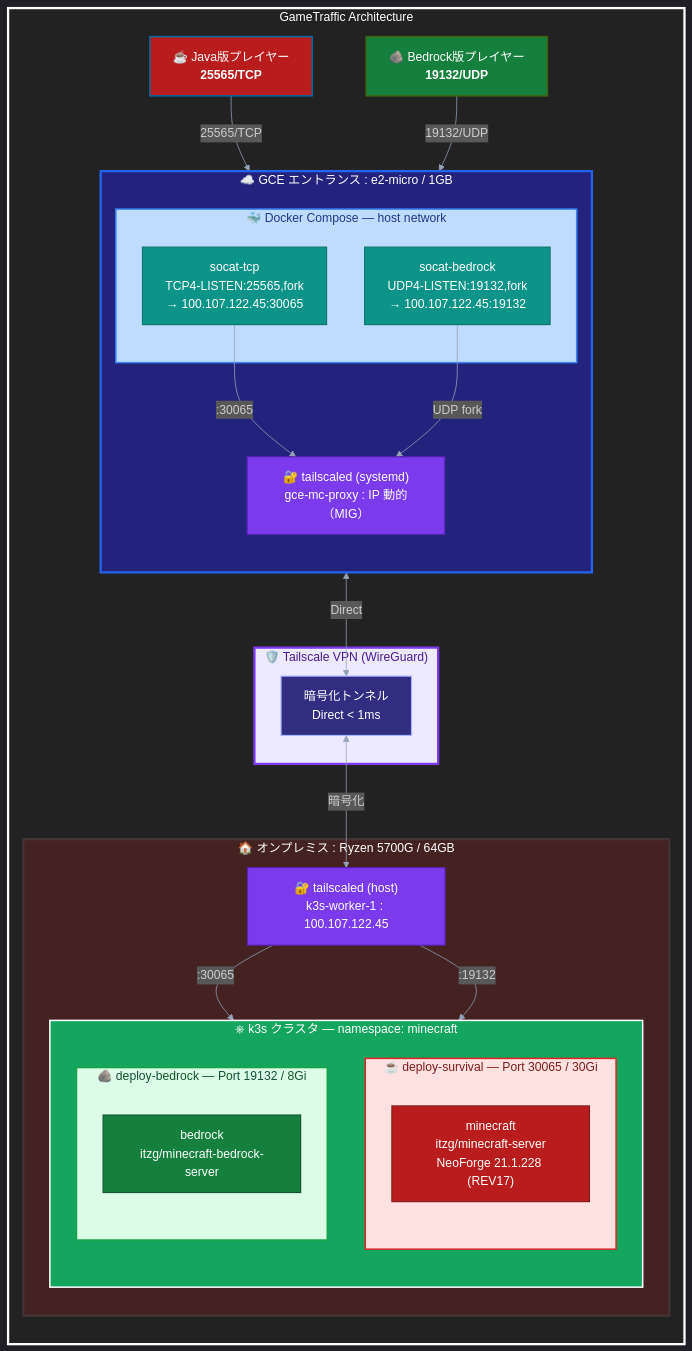
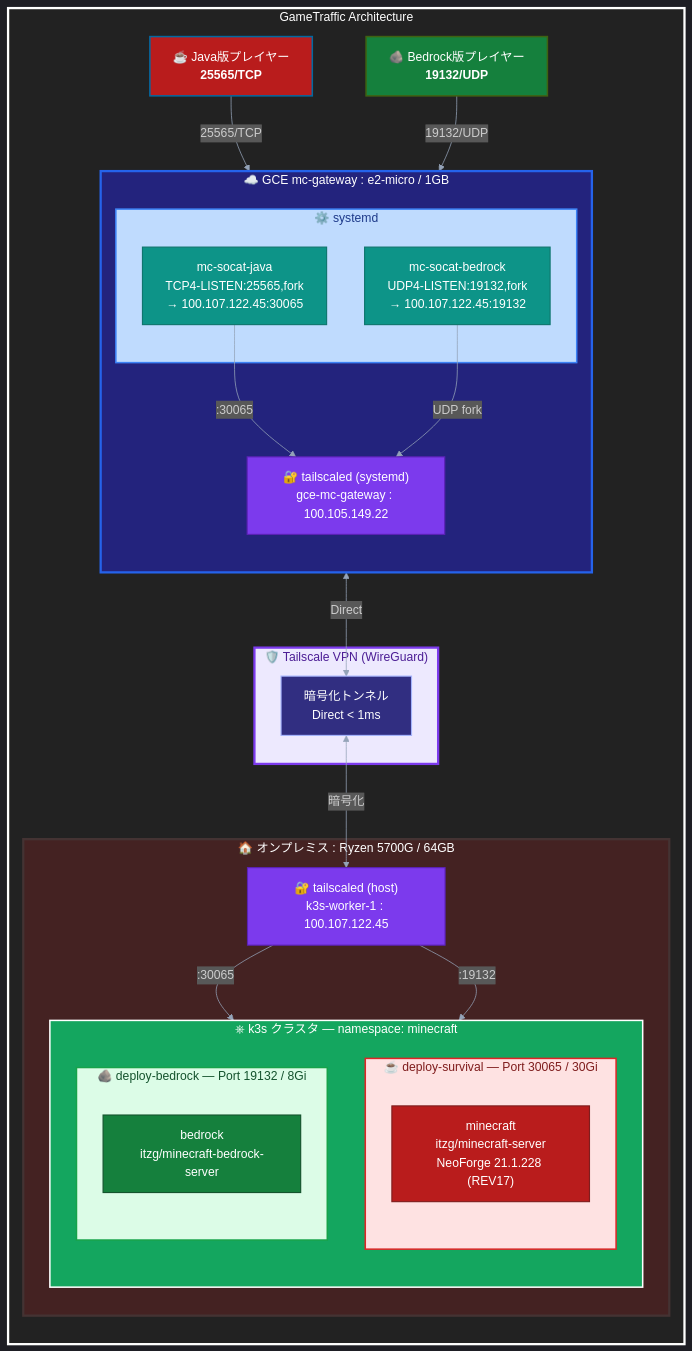
Before and after one commit to Tagomori0211/Minecraft-on-Kubernetes: the first of 2 diagrams in README.md, drawn with Mermaid. The commit also changed other lines of this file and 25 other files, not shown here.

```diff
--- a/README.md
+++ b/README.md
@@ -54,13 +54,13 @@
     Player_Bedrock["🪨 Bedrock版プレイヤー<br/><b>19132/UDP</b>"]
 
     %% ───────────── GCE エントランス ─────────────
-    subgraph GCE["☁️ GCE エントランス : e2-micro / 1GB"]
+    subgraph GCE["☁️ GCE mc-gateway : e2-micro / 1GB"]
         direction TB
-        subgraph Compose["🐳 Docker Compose — host network"]
-            SocatTCP["socat-tcp<br/>TCP4-LISTEN:25565,fork<br/>→ 100.107.122.45:30065"]
-            SocatUDP["socat-bedrock<br/>UDP4-LISTEN:19132,fork<br/>→ 100.107.122.45:19132"]
+        subgraph Compose["⚙️ systemd"]
+            SocatTCP["mc-socat-java<br/>TCP4-LISTEN:25565,fork<br/>→ 100.107.122.45:30065"]
+            SocatUDP["mc-socat-bedrock<br/>UDP4-LISTEN:19132,fork<br/>→ 100.107.122.45:19132"]
         end
-        TailscaledGCE["🔐 tailscaled (systemd)<br/>gce-mc-proxy : IP 動的（MIG）"]
+        TailscaledGCE["🔐 tailscaled (systemd)<br/>gce-mc-gateway : 100.105.149.22"]
     end
 
     %% ───────────── Tailscale VPN ─────────────
```
